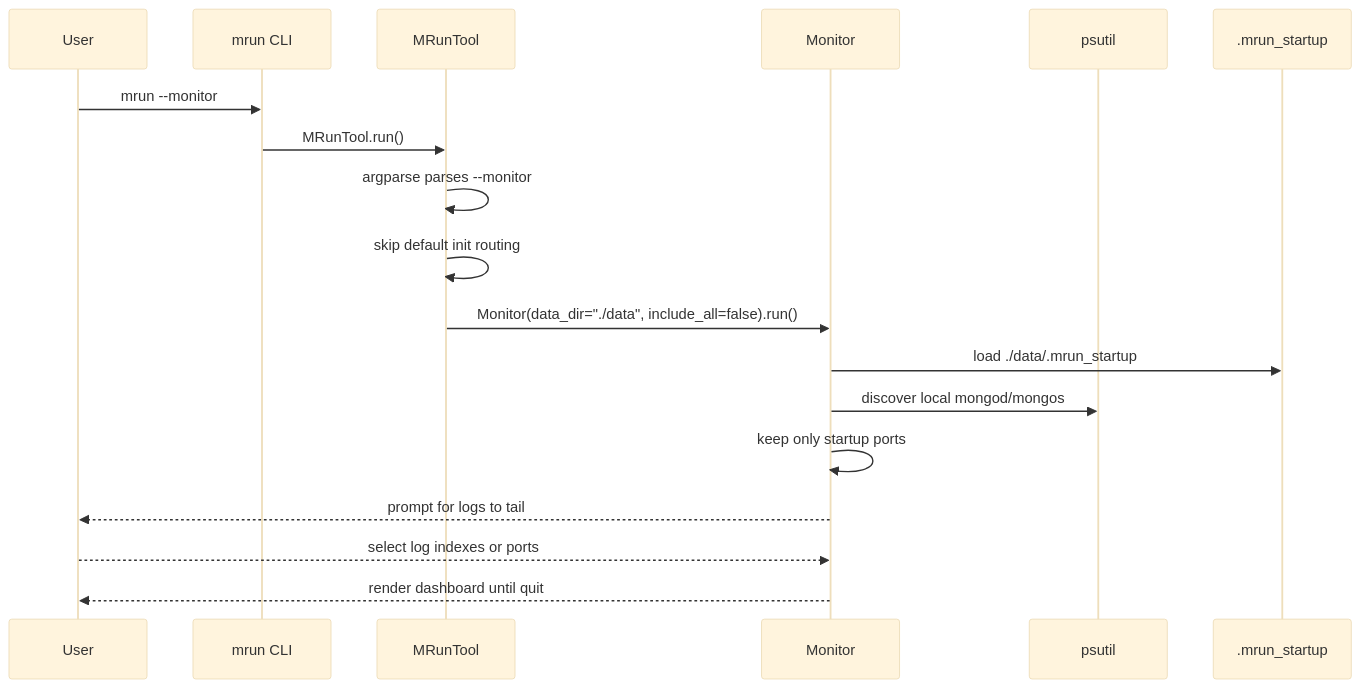
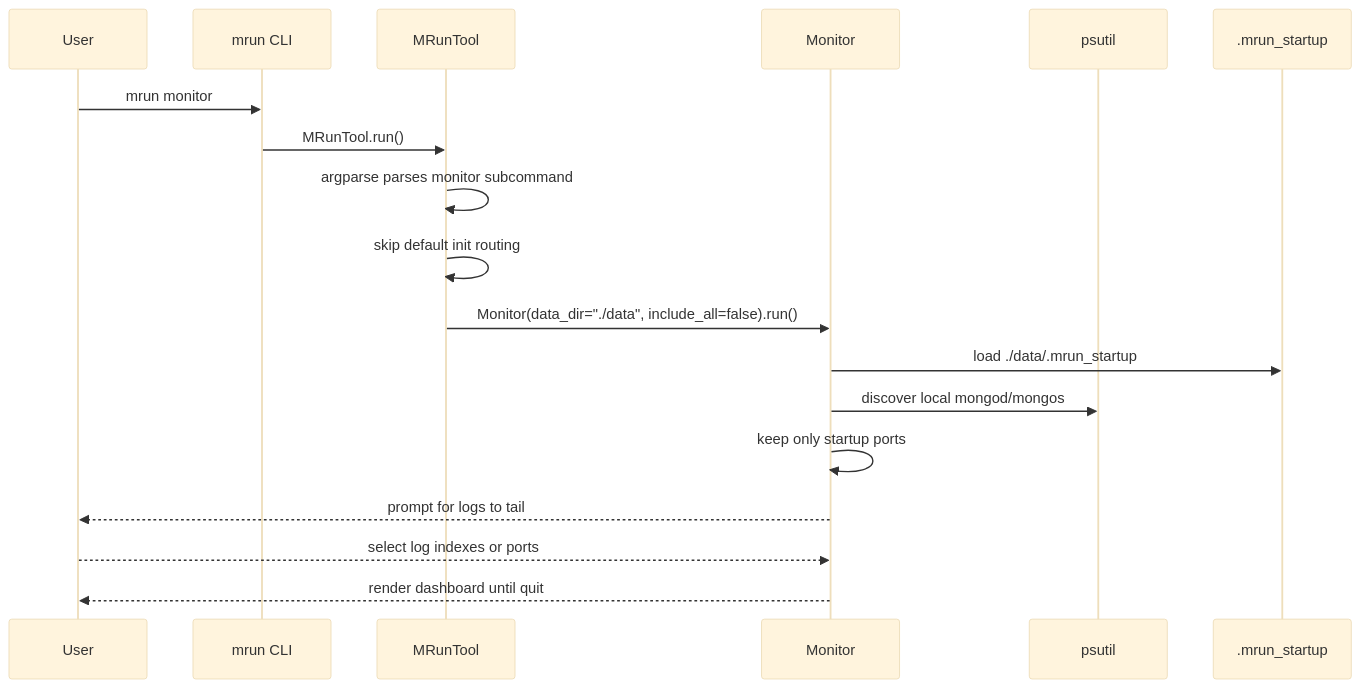
One commit to mongodb/mlaunch changed the first of 12 diagrams in doc/feature-monitor-guide.md. Above: the diagram before and after it, drawn with Mermaid (base theme). The commit also changed other lines of this file and 5 other files, not shown here.

````diff
--- a/doc/feature-monitor-guide.md
+++ b/doc/feature-monitor-guide.md
@@ -170,21 +172,21 @@
 ```mermaid
 sequenceDiagram
     participant User
     participant CLI as mrun CLI
     participant Tool as MRunTool
     participant Monitor as Monitor
     participant PS as psutil
     participant FS as .mrun_startup
 
-    User->>CLI: mrun --monitor
+    User->>CLI: mrun monitor
     CLI->>Tool: MRunTool.run()
-    Tool->>Tool: argparse parses --monitor
+    Tool->>Tool: argparse parses monitor subcommand
     Tool->>Tool: skip default init routing
     Tool->>Monitor: Monitor(data_dir="./data", include_all=false).run()
     Monitor->>FS: load ./data/.mrun_startup
     Monitor->>PS: discover local mongod/mongos
     Monitor->>Monitor: keep only startup ports
     Monitor-->>User: prompt for logs to tail
     User-->>Monitor: select log indexes or ports
     Monitor-->>User: render dashboard until quit
 ```
````
